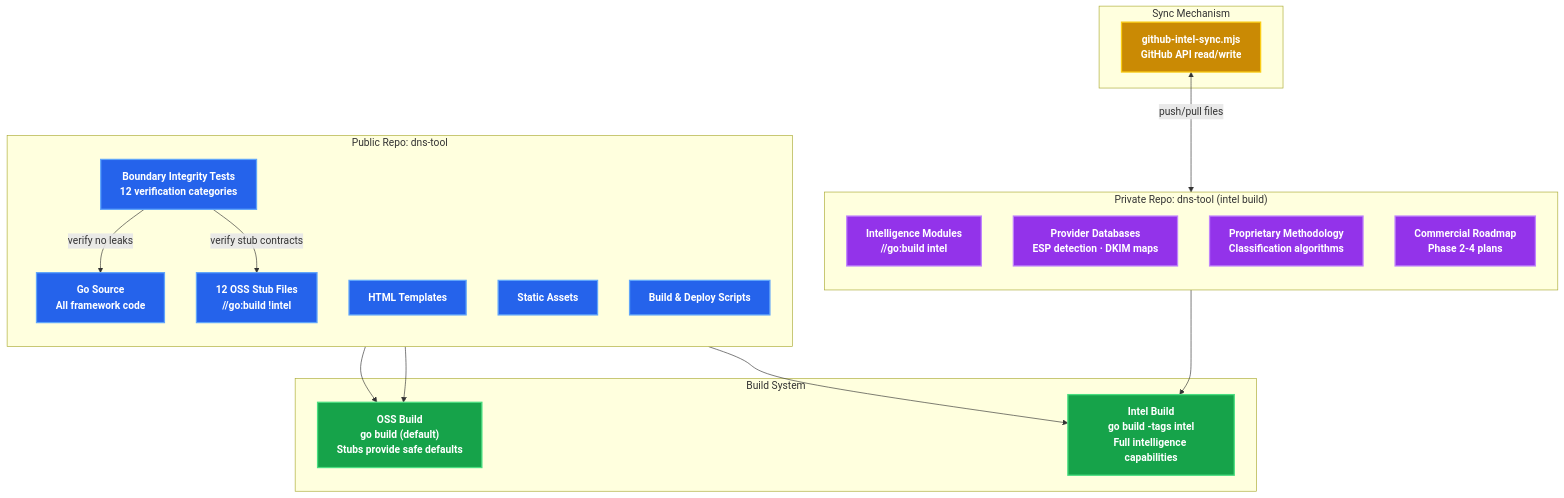
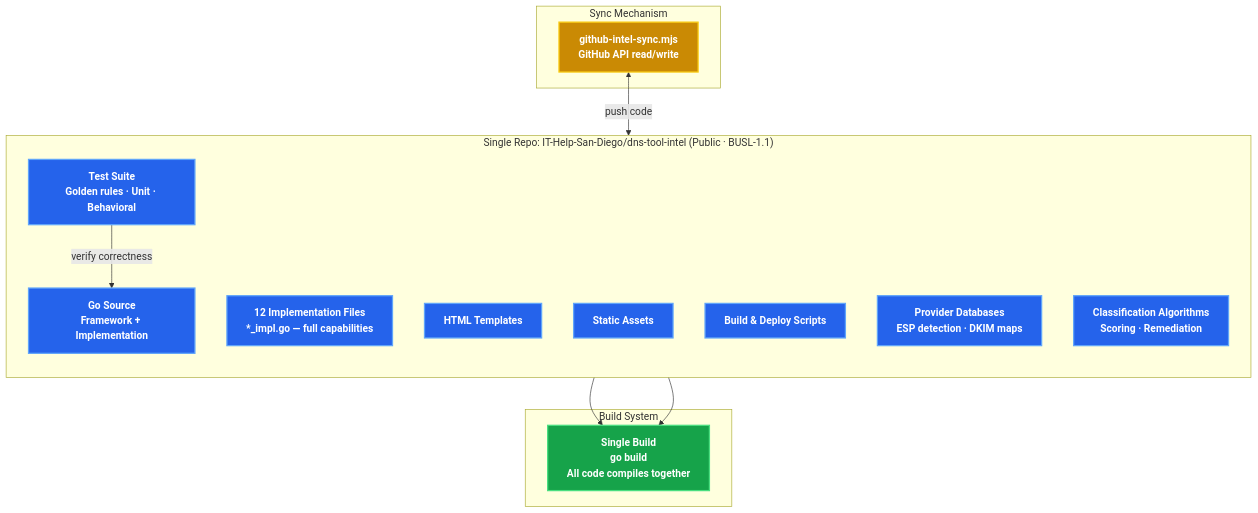
Before and after one commit to IT-Help-San-Diego/dns-tool-intel: the fourth of 11 diagrams in docs/architecture/SYSTEM_ARCHITECTURE.md, drawn with Mermaid. The commit also changed other lines of this file and 17 other files, not shown here.

First line of the commit message:
Task #86: Clean remaining intel/oss terminology from historical doc files

````diff
--- a/docs/architecture/SYSTEM_ARCHITECTURE.md
+++ b/docs/architecture/SYSTEM_ARCHITECTURE.md
@@ -242,47 +240,35 @@
 ```mermaid
 graph TB
-    subgraph "Public Repo: dns-tool"
+    subgraph "Single Repo: IT-Help-San-Diego/dns-tool-intel (Public · BUSL-1.1)"
         direction TB
-        PublicGo["Go Source<br/>All framework code"]
-        Stubs["12 OSS Stub Files<br/>//go:build !intel"]
+        GoSource["Go Source<br/>Framework + Implementation"]
+        ImplFiles["12 Implementation Files<br/>*_impl.go — full capabilities"]
         Templates2["HTML Templates"]
         Static["Static Assets"]
-        Tests["Boundary Integrity Tests<br/>12 verification categories"]
+        Tests["Test Suite<br/>Golden rules · Unit · Behavioral"]
         Scripts["Build & Deploy Scripts"]
-    end
-
-    subgraph "Private Repo: dns-tool (intel build)"
-        direction TB
-        Intel["Intelligence Modules<br/>//go:build intel"]
         ProviderDB["Provider Databases<br/>ESP detection · DKIM maps"]
-        Methodology["Proprietary Methodology<br/>Classification algorithms"]
-        Commercial["Commercial Roadmap<br/>Phase 2-4 plans"]
+        Methodology["Classification Algorithms<br/>Scoring · Remediation"]
     end
 
     subgraph "Build System"
-        BuildOSS["OSS Build<br/>go build (default)<br/>Stubs provide safe defaults"]
-        BuildIntel["Intel Build<br/>go build -tags intel<br/>Full intelligence capabilities"]
+        Build["Single Build<br/>go build<br/>All code compiles together"]
     end
 
     subgraph "Sync Mechanism"
         Sync["github-intel-sync.mjs<br/>GitHub API read/write"]
     end
 
-    PublicGo --> BuildOSS
-    Stubs --> BuildOSS
-    PublicGo --> BuildIntel
-    Intel --> BuildIntel
-    Sync <-->|"push/pull files"| Intel
-    Tests -->|"verify no leaks"| PublicGo
-    Tests -->|"verify stub contracts"| Stubs
+    GoSource --> Build
+    ImplFiles --> Build
+    Sync <-->|"push code"| GoSource
+    Tests -->|"verify correctness"| GoSource
 
     classDef default fill:#2563eb,stroke:#60a5fa,stroke-width:2px,color:#f0f6fc
-    classDef public fill:#2563eb,stroke:#60a5fa,stroke-width:2px,color:#fff,font-weight:bold
-    classDef private fill:#9333ea,stroke:#c084fc,stroke-width:2px,color:#fff,font-weight:bold
+    classDef source fill:#2563eb,stroke:#60a5fa,stroke-width:2px,color:#fff,font-weight:bold
     classDef build fill:#16a34a,stroke:#4ade80,stroke-width:2px,color:#fff,font-weight:bold
     classDef sync fill:#ca8a04,stroke:#facc15,stroke-width:2px,color:#fff,font-weight:bold
-    class PublicGo,Stubs,Templates2,Static,Tests,Scripts public
-    class Intel,ProviderDB,Methodology,Commercial private
-    class BuildOSS,BuildIntel build
+    class GoSource,ImplFiles,Templates2,Static,Tests,Scripts,ProviderDB,Methodology source
+    class Build build
     class Sync sync
 ```
````
